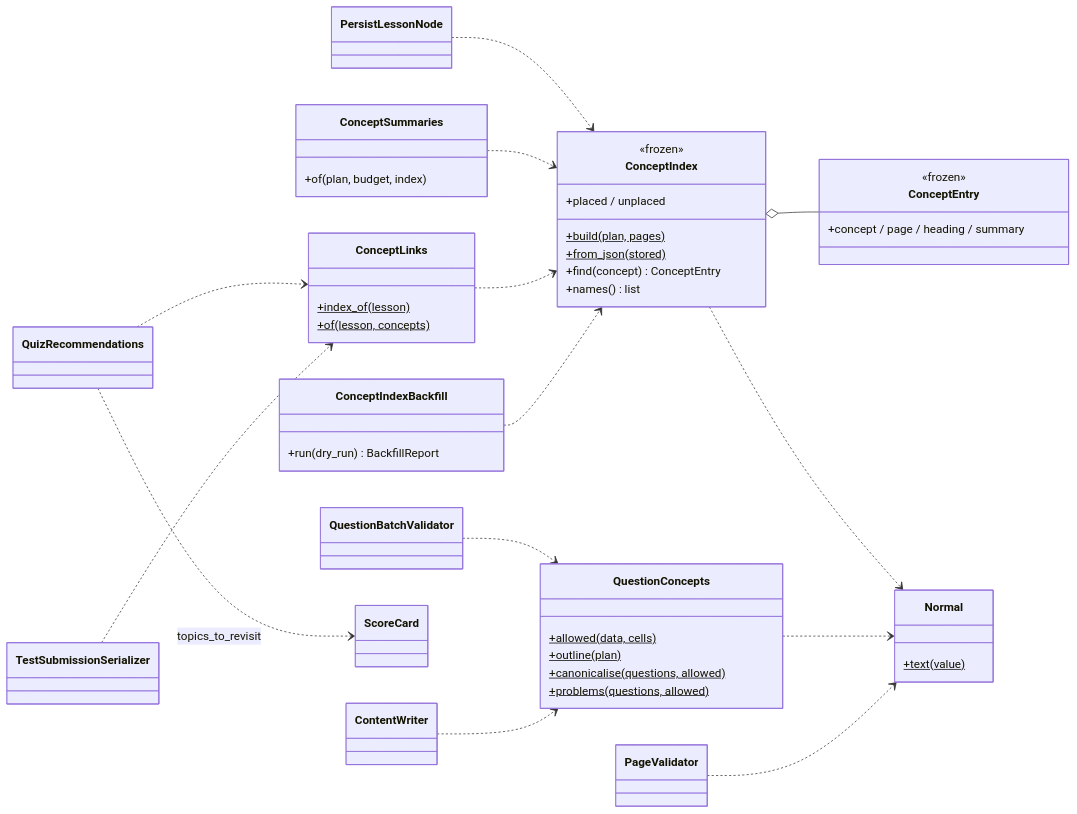
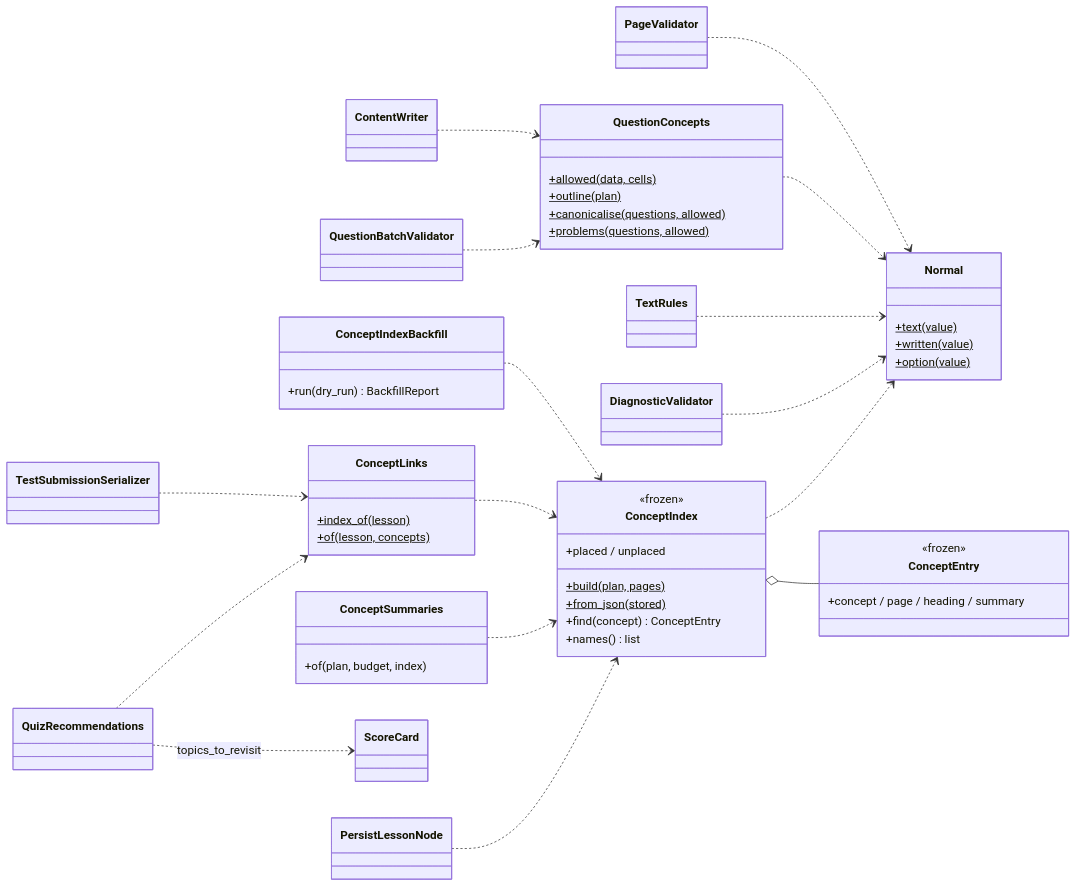
Before and after one commit to Satyamkumarjha4/Intelilearn: diagram 30 of 41 in docs/architecture/design.md, drawn with Mermaid. The commit also changed other lines of this file and 8 other files, not shown here.

First line of the commit message:
fix(graph): compare a question's options with their symbols, so low > high and low == high are different answers

````diff
--- a/docs/architecture/design.md
+++ b/docs/architecture/design.md
@@ -2708,54 +2708,58 @@
 ```mermaid
 classDiagram
     direction LR
     class ConceptIndex {
         <<frozen>>
         +build(plan, pages)$
         +from_json(stored)$
         +find(concept) ConceptEntry
         +names() list
         +placed / unplaced
     }
     class ConceptEntry {
         <<frozen>>
         +concept / page / heading / summary
     }
     ConceptIndex o-- ConceptEntry
     class Normal {
         +text(value)$
+        +written(value)$
+        +option(value)$
     }
     ConceptIndex ..> Normal
+    DiagnosticValidator ..> Normal
+    TextRules ..> Normal
     class QuestionConcepts {
         +allowed(data, cells)$
         +outline(plan)$
         +canonicalise(questions, allowed)$
         +problems(questions, allowed)$
     }
     QuestionConcepts ..> Normal
     class PageValidator
     class QuestionBatchValidator
     class ContentWriter
     PageValidator ..> Normal
     QuestionBatchValidator ..> QuestionConcepts
     ContentWriter ..> QuestionConcepts
     class PersistLessonNode
     PersistLessonNode ..> ConceptIndex
     class ConceptSummaries {
         +of(plan, budget, index)
     }
     ConceptSummaries ..> ConceptIndex
     class ConceptLinks {
         +index_of(lesson)$
         +of(lesson, concepts)$
     }
     ConceptLinks ..> ConceptIndex
     class QuizRecommendations
     class TestSubmissionSerializer
     QuizRecommendations ..> ConceptLinks
     TestSubmissionSerializer ..> ConceptLinks
     QuizRecommendations ..> ScoreCard : topics_to_revisit
     class ConceptIndexBackfill {
         +run(dry_run) BackfillReport
     }
     ConceptIndexBackfill ..> ConceptIndex
 ```
````
